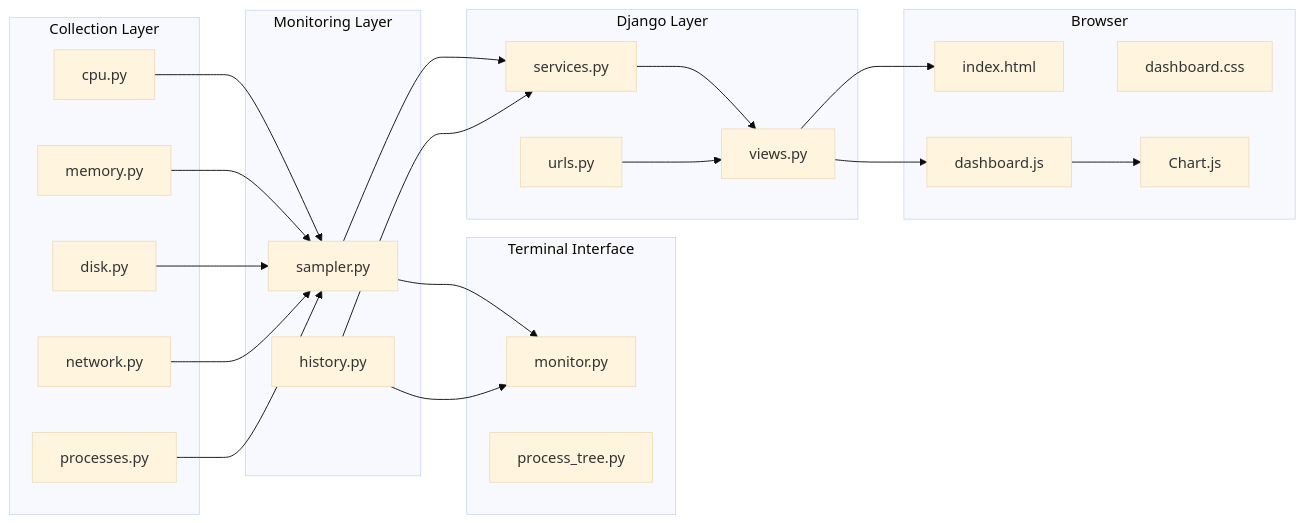
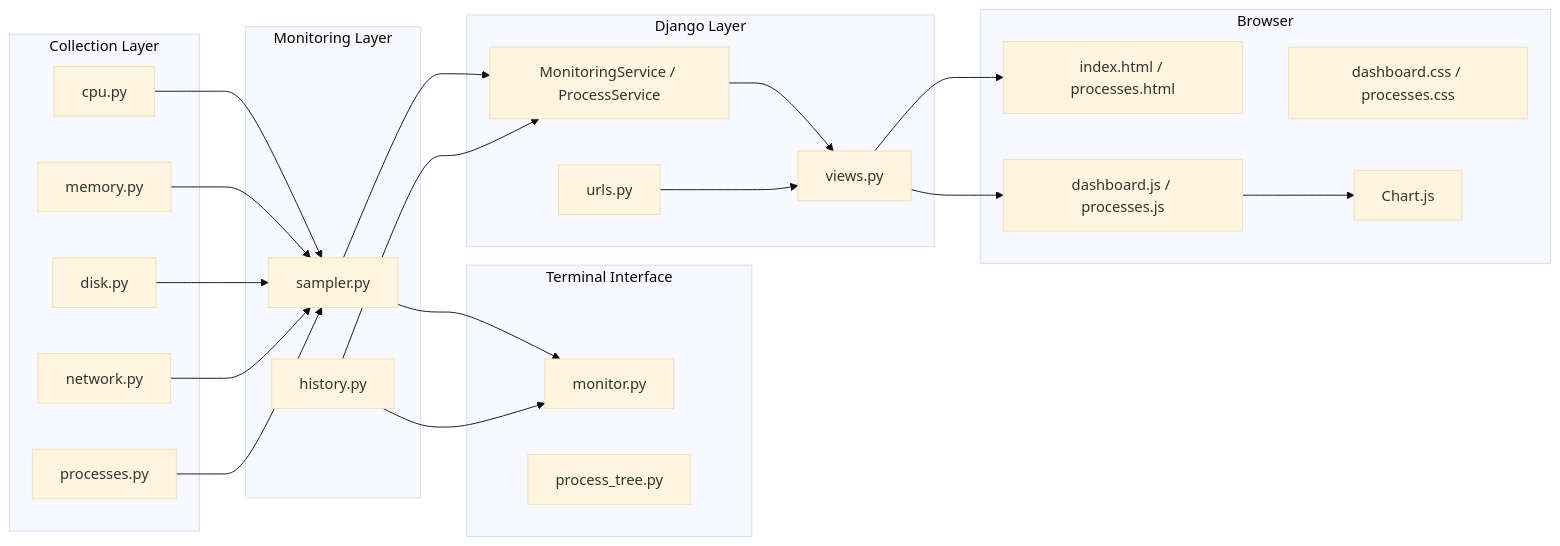
The second of 31 diagrams in docs/architecture.md (IronRon/Sys-Monitor), drawn with Mermaid (base theme) before and after one commit. The commit also changed other lines of this file and 16 other files, not shown here.

First line of the commit message:
feat: Enhance monitoring dashboard with process management features

````diff
--- a/docs/architecture.md
+++ b/docs/architecture.md
@@ -172,53 +175,53 @@
 ```mermaid
 flowchart LR
     subgraph Collection["Collection Layer"]
         CPU["cpu.py"]
         MEM["memory.py"]
         DISK["disk.py"]
         NET["network.py"]
         PROC["processes.py"]
     end
 
     subgraph Monitoring["Monitoring Layer"]
         SAMPLER["sampler.py"]
         HISTORY["history.py"]
     end
 
     subgraph CLI["Terminal Interface"]
         MONITOR["monitor.py"]
         TREE["process_tree.py"]
     end
 
     subgraph Web["Django Layer"]
-        SERVICE["services.py"]
+        SERVICE["MonitoringService / ProcessService"]
         VIEWS["views.py"]
         URLS["urls.py"]
     end
 
     subgraph Frontend["Browser"]
-        HTML["index.html"]
-        JS["dashboard.js"]
-        CSS["dashboard.css"]
+        HTML["index.html / processes.html"]
+        JS["dashboard.js / processes.js"]
+        CSS["dashboard.css / processes.css"]
         CHART["Chart.js"]
     end
 
     CPU --> SAMPLER
     MEM --> SAMPLER
     DISK --> SAMPLER
     NET --> SAMPLER
     PROC --> SAMPLER
 
     SAMPLER --> MONITOR
     HISTORY --> MONITOR
 
     SAMPLER --> SERVICE
     HISTORY --> SERVICE
 
     SERVICE --> VIEWS
     URLS --> VIEWS
 
     VIEWS --> HTML
     VIEWS --> JS
 
     JS --> CHART
 ```
````
